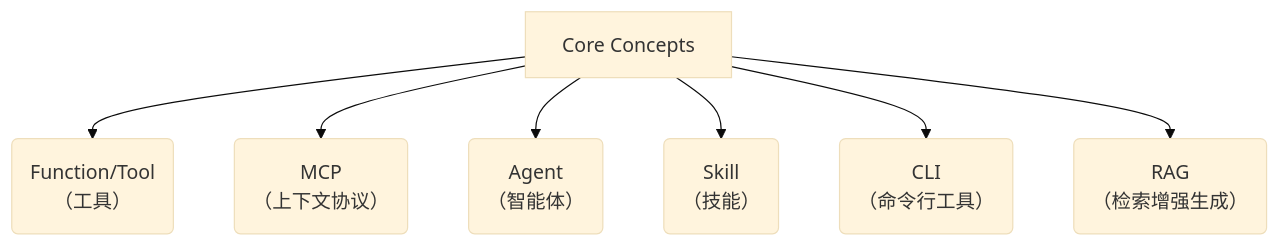
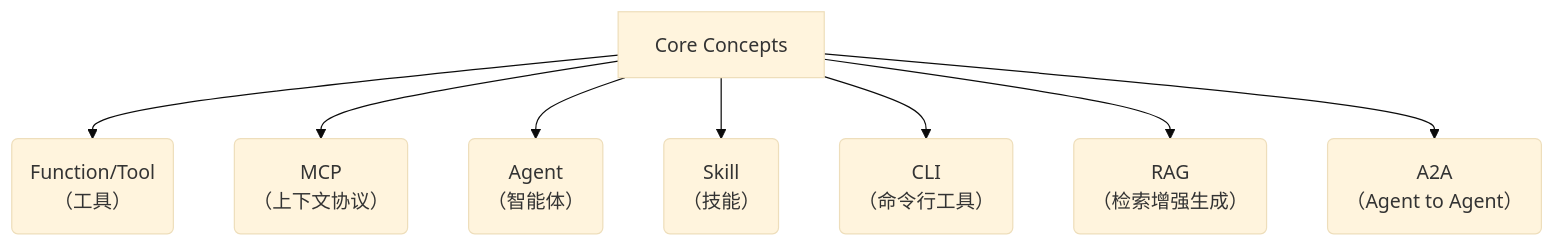
One commit to 290044632/bookmark changed the diagram in AI/核心概念.md. Above: the diagram before and after it, drawn with Mermaid (base theme).

Commit message:
更新文档“

````diff
--- a/AI/核心概念.md
+++ b/AI/核心概念.md
@@ -3,23 +3,25 @@
 ```mermaid
 flowchart TB
 
 A["Core Concepts"]
 A1("Function/Tool
 （工具）")
 A2("MCP
 （上下文协议）")
 A3("Agent
 （智能体）")
 A4("Skill
 （技能）")
 A5("CLI
 （命令行工具）")
 A6("RAG
 （检索增强生成）")
 A-->A1
 A-->A2
 A-->A3
 A-->A4
 A-->A5
 A-->A6
+A-->A7("A2A
+（Agent to Agent）")
 ```
````
